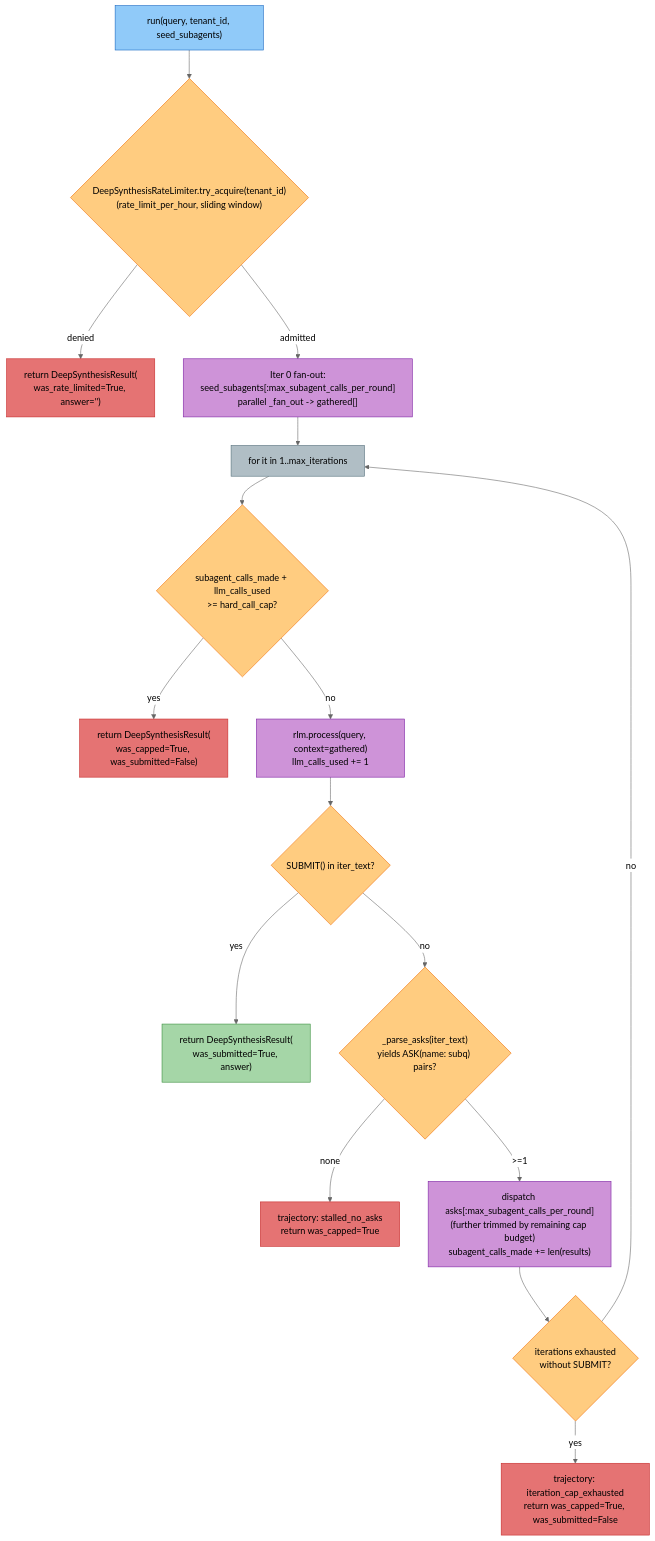
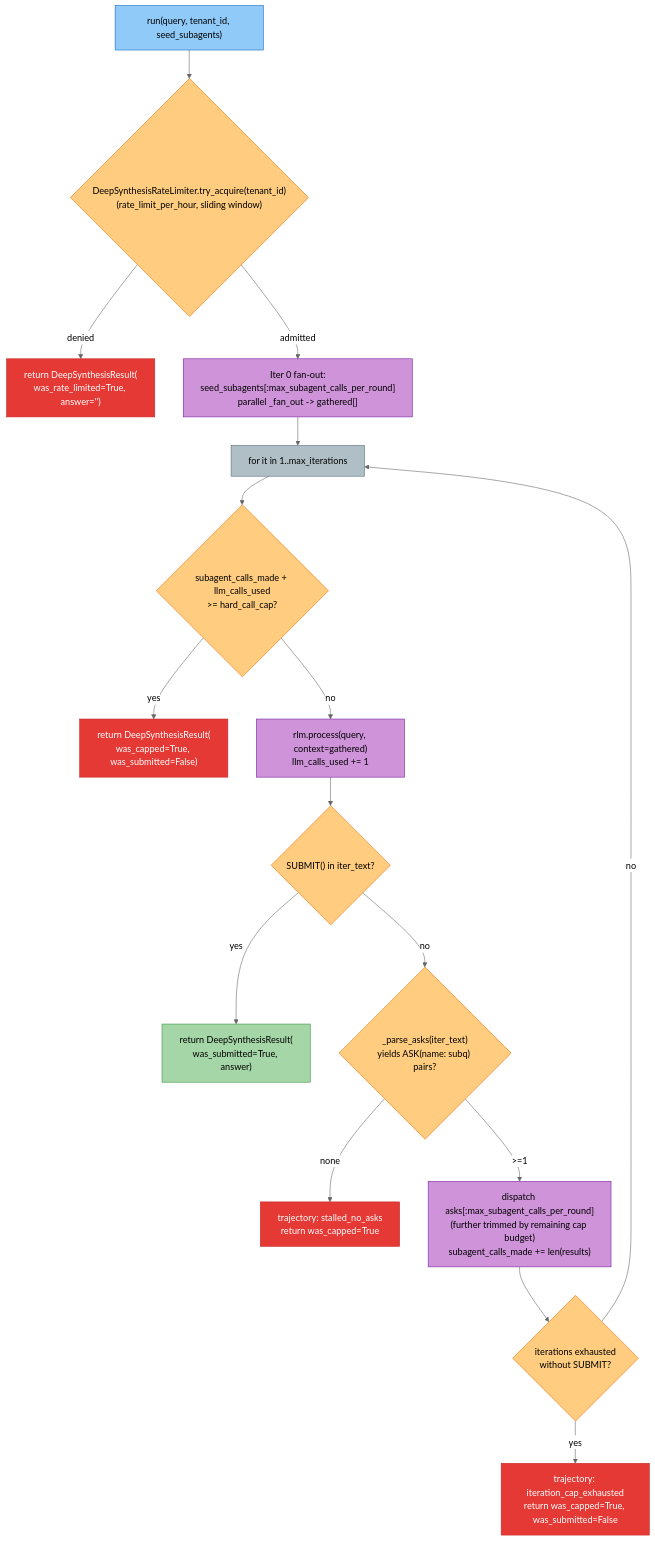
Before and after one commit to amit-jain/cogniverse: the fourth of 8 diagrams in docs/diagrams/knowledge-system-diagrams.md, drawn with Mermaid (neutral theme). The commit also changed other lines of this file and 50 other files, not shown here.

First line of the commit message:
Complete and verify docs against code with mermaid palette

````diff
--- a/docs/diagrams/knowledge-system-diagrams.md
+++ b/docs/diagrams/knowledge-system-diagrams.md
@@ -205,56 +205,56 @@
 ```mermaid
 flowchart TD
     Start["<span style='color:#000'>run(query, tenant_id, seed_subagents)</span>"]
     Rate{"<span style='color:#000'>DeepSynthesisRateLimiter.try_acquire(tenant_id)<br/>(rate_limit_per_hour, sliding window)</span>"}
-    RateOut["<span style='color:#000'>return DeepSynthesisResult(<br/>was_rate_limited=True, answer='')</span>"]
+    RateOut["<span style='color:#fff'>return DeepSynthesisResult(<br/>was_rate_limited=True, answer='')</span>"]
 
     Seed["<span style='color:#000'>Iter 0 fan-out:<br/>seed_subagents[:max_subagent_calls_per_round]<br/>parallel _fan_out -> gathered[]</span>"]
 
     Loop["<span style='color:#000'>for it in 1..max_iterations</span>"]
     HardCap{"<span style='color:#000'>subagent_calls_made + llm_calls_used<br/>>= hard_call_cap?</span>"}
-    Capped["<span style='color:#000'>return DeepSynthesisResult(<br/>was_capped=True, was_submitted=False)</span>"]
+    Capped["<span style='color:#fff'>return DeepSynthesisResult(<br/>was_capped=True, was_submitted=False)</span>"]
 
     RLMStep["<span style='color:#000'>rlm.process(query, context=gathered)<br/>llm_calls_used += 1</span>"]
     Submit{"<span style='color:#000'>SUBMIT() in iter_text?</span>"}
     Submitted["<span style='color:#000'>return DeepSynthesisResult(<br/>was_submitted=True, answer)</span>"]
 
     Asks{"<span style='color:#000'>_parse_asks(iter_text)<br/>yields ASK(name: subq) pairs?</span>"}
-    Stalled["<span style='color:#000'>trajectory: stalled_no_asks<br/>return was_capped=True</span>"]
+    Stalled["<span style='color:#fff'>trajectory: stalled_no_asks<br/>return was_capped=True</span>"]
 
     FanOut["<span style='color:#000'>dispatch asks[:max_subagent_calls_per_round]<br/>(further trimmed by remaining cap budget)<br/>subagent_calls_made += len(results)</span>"]
 
     IterCap{"<span style='color:#000'>iterations exhausted<br/>without SUBMIT?</span>"}
-    IterExhausted["<span style='color:#000'>trajectory: iteration_cap_exhausted<br/>return was_capped=True, was_submitted=False</span>"]
+    IterExhausted["<span style='color:#fff'>trajectory: iteration_cap_exhausted<br/>return was_capped=True, was_submitted=False</span>"]
 
     Start --> Rate
     Rate -->|denied| RateOut
     Rate -->|admitted| Seed
     Seed --> Loop
     Loop --> HardCap
     HardCap -->|yes| Capped
     HardCap -->|no| RLMStep
     RLMStep --> Submit
     Submit -->|yes| Submitted
     Submit -->|no| Asks
     Asks -->|none| Stalled
     Asks -->|>=1| FanOut
     FanOut --> IterCap
     IterCap -->|yes| IterExhausted
     IterCap -->|no| Loop
 
     style Start fill:#90caf9,stroke:#1565c0,color:#000
     style Rate fill:#ffcc80,stroke:#ef6c00,color:#000
-    style RateOut fill:#e57373,stroke:#c62828,color:#000
+    style RateOut fill:#e53935,stroke:#c62828,color:#fff
     style Seed fill:#ce93d8,stroke:#7b1fa2,color:#000
     style Loop fill:#b0bec5,stroke:#546e7a,color:#000
     style HardCap fill:#ffcc80,stroke:#ef6c00,color:#000
-    style Capped fill:#e57373,stroke:#c62828,color:#000
+    style Capped fill:#e53935,stroke:#c62828,color:#fff
     style RLMStep fill:#ce93d8,stroke:#7b1fa2,color:#000
     style Submit fill:#ffcc80,stroke:#ef6c00,color:#000
     style Submitted fill:#a5d6a7,stroke:#388e3c,color:#000
     style Asks fill:#ffcc80,stroke:#ef6c00,color:#000
-    style Stalled fill:#e57373,stroke:#c62828,color:#000
+    style Stalled fill:#e53935,stroke:#c62828,color:#fff
     style FanOut fill:#ce93d8,stroke:#7b1fa2,color:#000
     style IterCap fill:#ffcc80,stroke:#ef6c00,color:#000
-    style IterExhausted fill:#e57373,stroke:#c62828,color:#000
+    style IterExhausted fill:#e53935,stroke:#c62828,color:#fff
 ```
````
